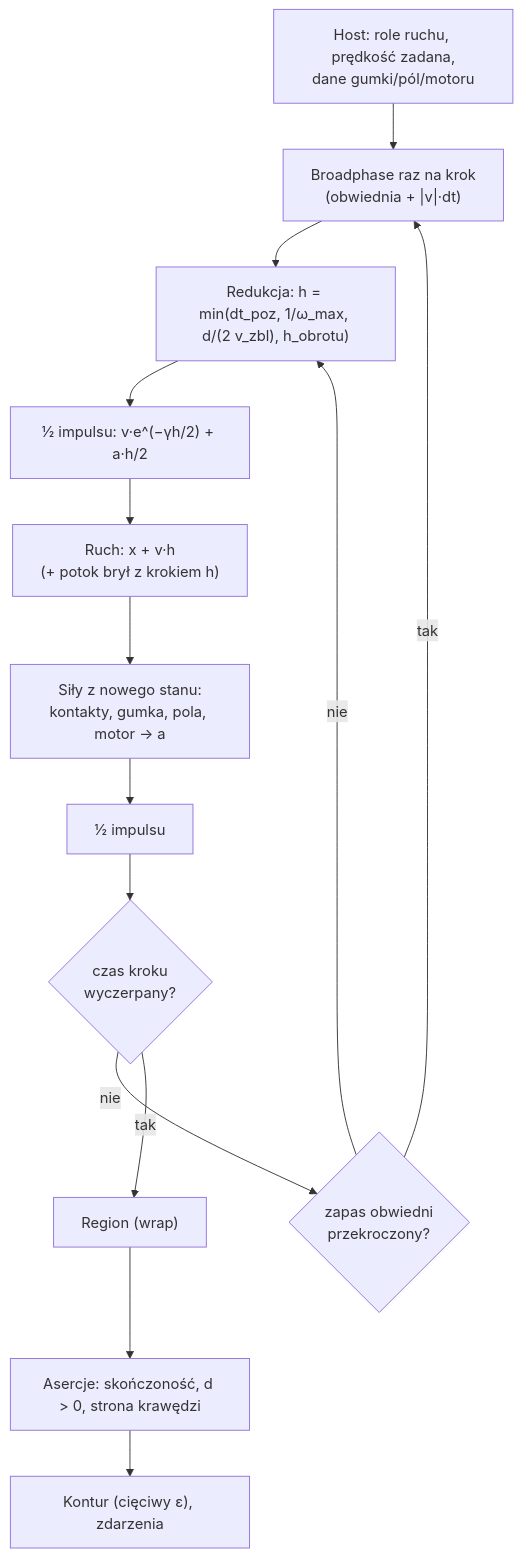
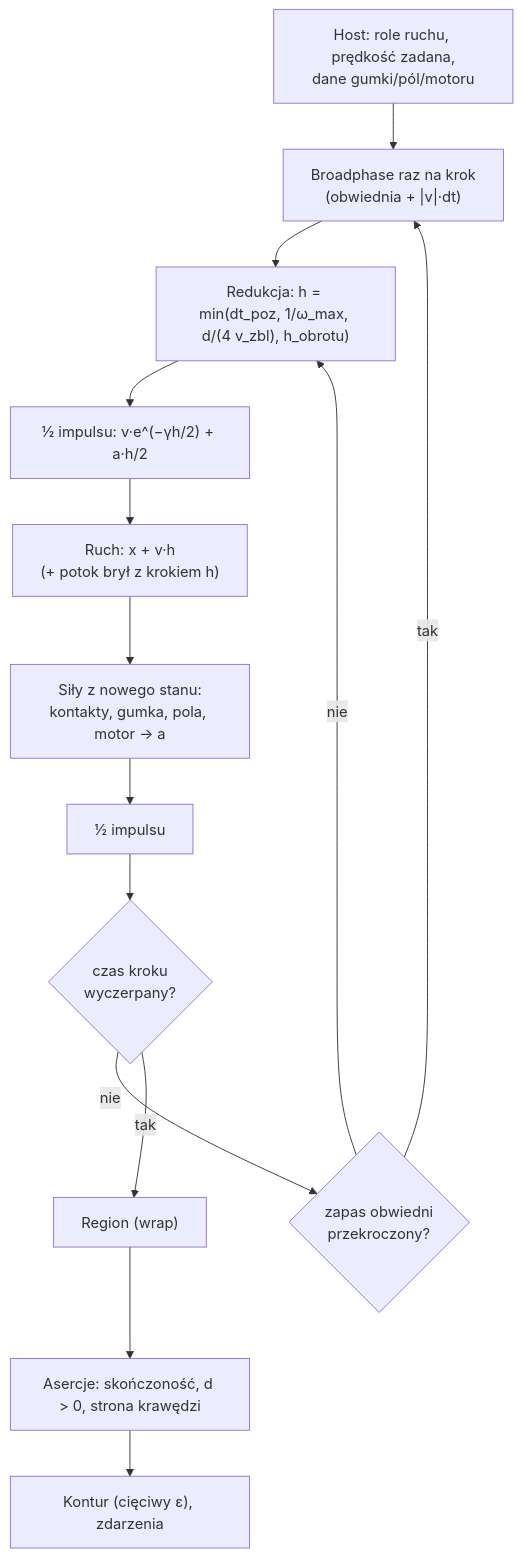
The third of 3 diagrams in docs/sdlc/changes/2026-11-23-engine-4-0-0/change-design.md (MariuszAdamowicz/BubblePhysics), drawn with Mermaid before and after one commit. The commit also changed other lines of this file, not shown here.

````diff
--- a/docs/sdlc/changes/2026-11-23-engine-4-0-0/change-design.md
+++ b/docs/sdlc/changes/2026-11-23-engine-4-0-0/change-design.md
@@ -193,16 +196,16 @@
 ```mermaid
 flowchart TD
   host["Host: role ruchu, prędkość zadana,<br/>dane gumki/pól/motoru"] --> bp["Broadphase raz na krok<br/>(obwiednia + |v|·dt)"]
-  bp --> h["Redukcja: h = min(dt_poz, 1/ω_max, d/(2 v_zbl), h_obrotu)"]
+  bp --> h["Redukcja: h = min(dt_poz, 1/ω_max, d/(4 v_zbl), h_obrotu)"]
   h --> k1["½ impulsu: v·e^(−γh/2) + a·h/2"]
   k1 --> d["Ruch: x + v·h<br/>(+ potok brył z krokiem h)"]
   d --> f["Siły z nowego stanu:<br/>kontakty, gumka, pola, motor → a"]
   f --> k2["½ impulsu"]
   k2 --> m{"czas kroku<br/>wyczerpany?"}
   m -- nie --> rb{"zapas obwiedni<br/>przekroczony?"}
   rb -- tak --> bp
   rb -- nie --> h
   m -- tak --> reg["Region (wrap)"]
   reg --> as["Asercje: skończoność, d > 0, strona krawędzi"]
   as --> out["Kontur (cięciwy ε), zdarzenia"]
 ```
````
